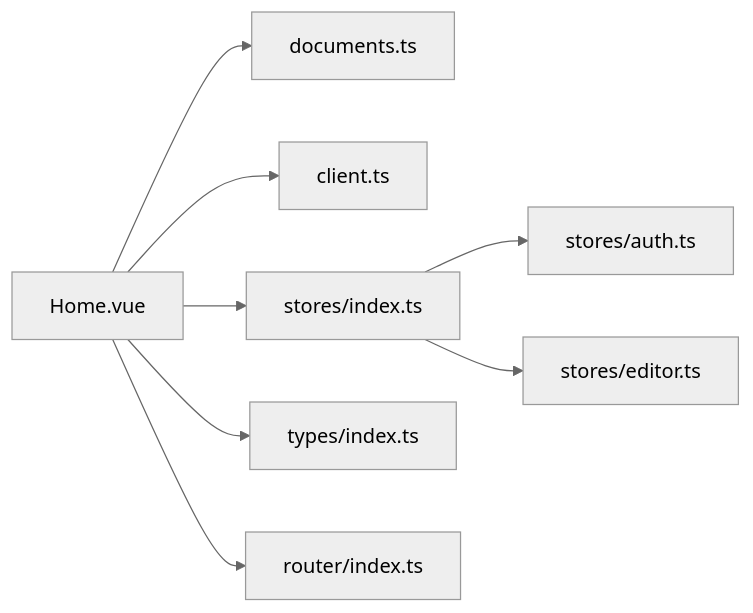
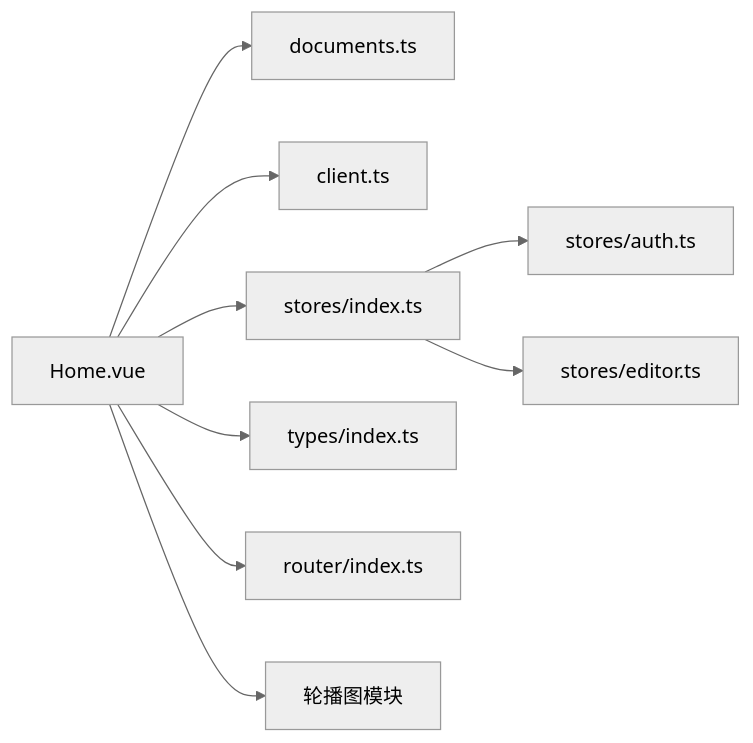
One commit to lcy123lcy/markdown-lcy changed the third of 3 diagrams in .qoder/repowiki/zh/content/组件库/页面组件/首页组件.md. Above: the diagram before and after it, drawn with Mermaid (neutral theme). The commit also changed other lines of this file and 8 other files, not shown here.

````diff
--- a/.qoder/repowiki/zh/content/组件库/页面组件/首页组件.md
+++ b/.qoder/repowiki/zh/content/组件库/页面组件/首页组件.md
@@ -201,10 +239,11 @@
 ```mermaid
 graph LR
 H["Home.vue"] --> D["documents.ts"]
 H --> C["client.ts"]
 H --> S["stores/index.ts"]
 S --> A["stores/auth.ts"]
 S --> E["stores/editor.ts"]
 H --> T["types/index.ts"]
 H --> R["router/index.ts"]
+H --> K["轮播图模块"]
 ```
````
